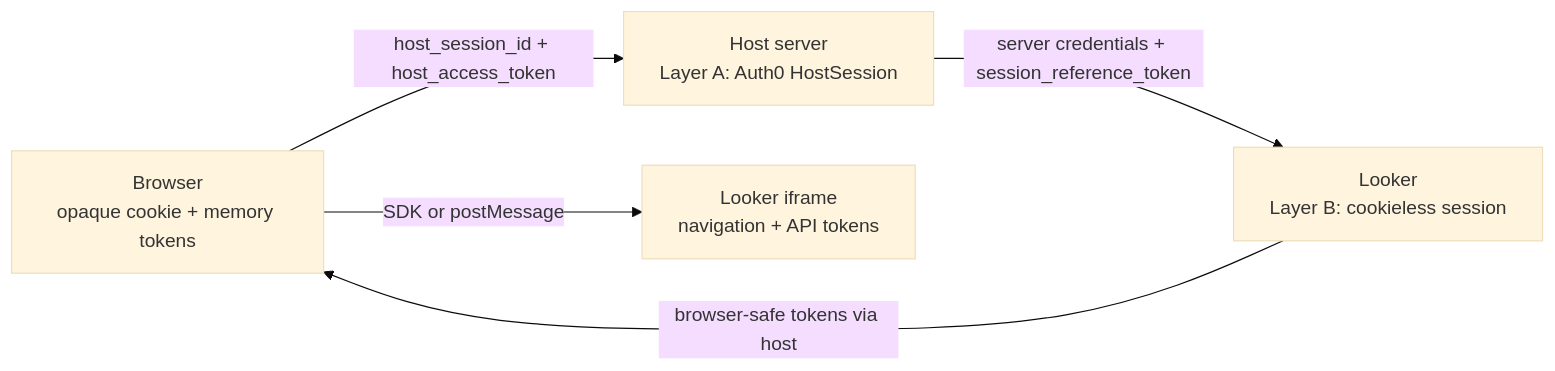
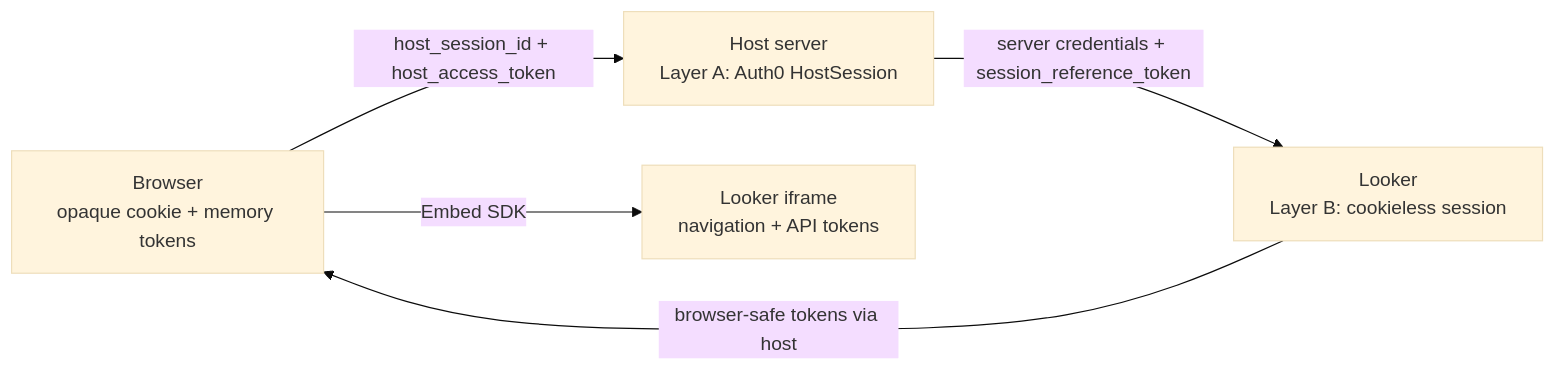
One commit to acfin-sa/cookieless-session-lab changed the diagram in ARCHITECTURE.md. Above: the diagram before and after it, drawn with Mermaid (base theme). The commit also changed other lines of this file and 22 other files, not shown here.

First line of the commit message:
Remove the raw postMessage iframe and keep Looker on the Embed SDK.

````diff
--- a/ARCHITECTURE.md
+++ b/ARCHITECTURE.md
@@ -28,12 +28,12 @@
 ```mermaid
 flowchart LR
     Browser["Browser<br/>opaque cookie + memory tokens"]
     Host["Host server<br/>Layer A: Auth0 HostSession"]
     Looker["Looker<br/>Layer B: cookieless session"]
     Iframe["Looker iframe<br/>navigation + API tokens"]
 
     Browser -->|host_session_id + host_access_token| Host
     Host -->|server credentials + session_reference_token| Looker
     Looker -->|browser-safe tokens via host| Browser
-    Browser -->|SDK or postMessage| Iframe
+    Browser -->|Embed SDK| Iframe
 ```
````
